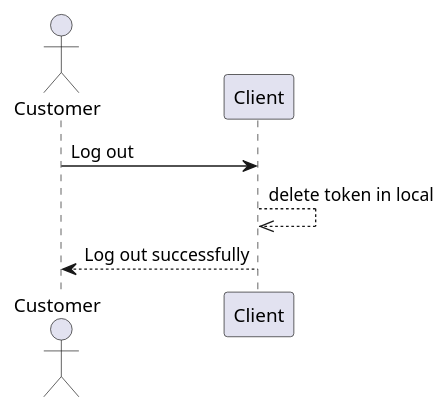
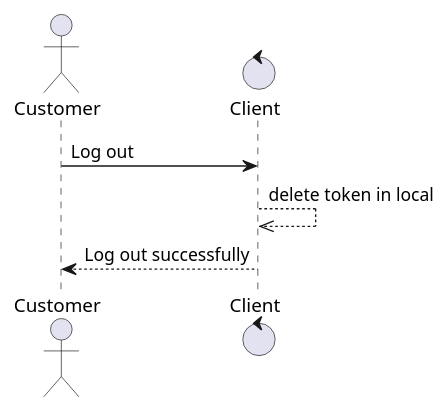
Before and after one commit to thang0206/SET_Test-Backend: the diagram in Study/docs/sequenceDiagram/customer-logout.plantuml, drawn with PlantUML. The commit also changed 5 other files, not shown here.

Commit message:
fix sequence diagram

```diff
--- a/Study/docs/sequenceDiagram/customer-logout.plantuml
+++ b/Study/docs/sequenceDiagram/customer-logout.plantuml
@@ -1,8 +1,8 @@
 @startuml logout
     actor Customer
-    participant Client
+    control Client
 
     Customer -> Client: Log out
     Client -->> Client: delete token in local
     Customer <-- Client: Log out successfully
 @enduml
```
